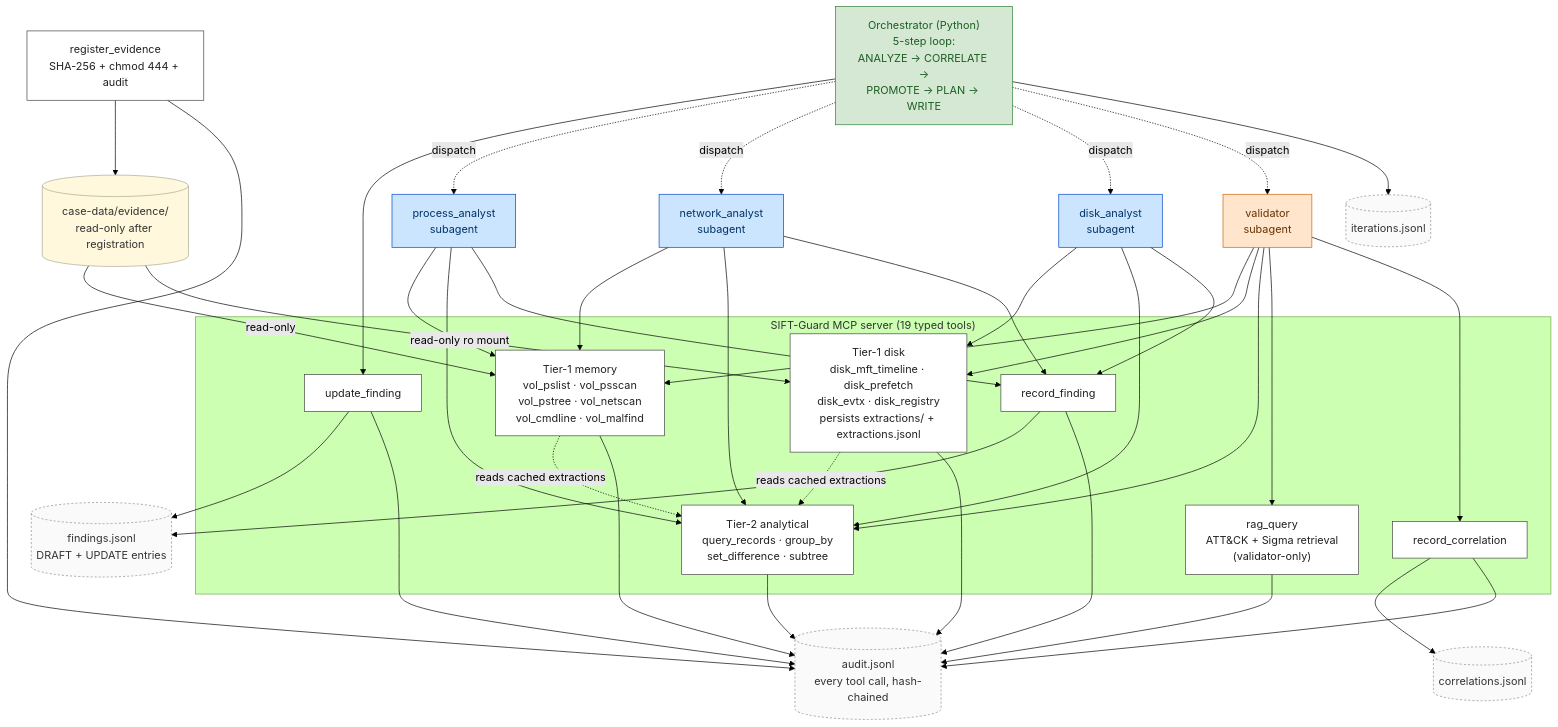
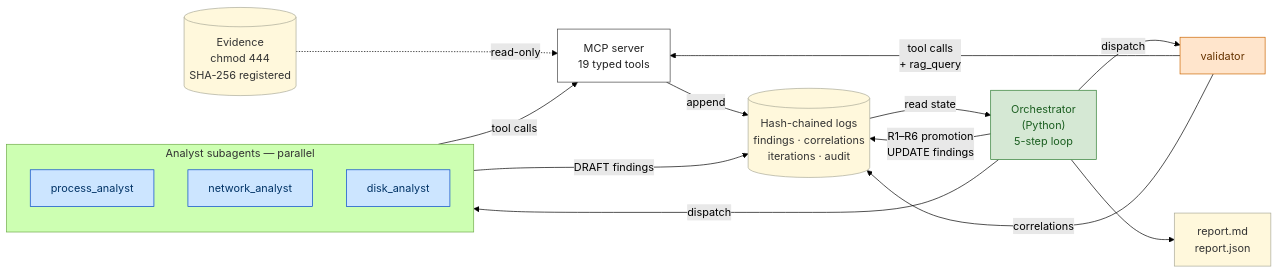
The first of 2 diagrams in docs/architecture-diagram.md (chang6chang/SIFT-Guard), drawn with Mermaid (forest theme) before and after one commit. The commit also changed other lines of this file and 1 other file, not shown here.

````diff
--- a/docs/architecture-diagram.md
+++ b/docs/architecture-diagram.md
@@ -12,95 +12,45 @@
 ```mermaid
-flowchart TD
-    %% --- Inputs ---
-    Reg["register_evidence<br/>SHA-256 + chmod 444 + audit"]
-    EvDir[("case-data/evidence/<br/>read-only after registration")]
-    Reg --> EvDir
+flowchart LR
+    E[("Evidence<br/>chmod 444<br/>SHA-256 registered")]
 
-    %% --- MCP server tools ---
-    subgraph MCP["SIFT-Guard MCP server (19 typed tools)"]
-        Tier1Mem["Tier-1 memory<br/>vol_pslist · vol_psscan<br/>vol_pstree · vol_netscan<br/>vol_cmdline · vol_malfind"]
-        Tier1Disk["Tier-1 disk<br/>disk_mft_timeline · disk_prefetch<br/>disk_evtx · disk_registry<br/>persists extractions/ + extractions.jsonl"]
-        Tier2["Tier-2 analytical<br/>query_records · group_by<br/>set_difference · subtree"]
-        RAG["rag_query<br/>ATT&CK + Sigma retrieval<br/>(validator-only)"]
-        RecF["record_finding"]
-        RecC["record_correlation"]
-        UpdF["update_finding"]
+    O["Orchestrator<br/>(Python)<br/>5-step loop"]
+
+    subgraph A[" Analyst subagents — parallel "]
+        direction TB
+        PA[process_analyst]
+        NA[network_analyst]
+        DA[disk_analyst]
     end
 
-    EvDir -->|read-only| Tier1Mem
-    EvDir -->|read-only ro mount| Tier1Disk
-    Tier1Mem -.->|reads cached extractions| Tier2
-    Tier1Disk -.->|reads cached extractions| Tier2
+    V[validator]
 
-    %% --- Subagents + orchestrator ---
-    PA["process_analyst<br/>subagent"]
-    NA["network_analyst<br/>subagent"]
-    DA["disk_analyst<br/>subagent"]
-    Val["validator<br/>subagent"]
-    Orch["Orchestrator (Python)<br/>5-step loop:<br/>ANALYZE → CORRELATE →<br/>PROMOTE → PLAN → WRITE"]
+    M["MCP server<br/>19 typed tools"]
 
-    %% Read paths: per-subagent tier-1 access is restricted by
-    %% frontmatter (memory analysts cannot call disk tools and
-    %% vice versa); tier-2 is open to every subagent.
-    PA --> Tier1Mem
-    PA --> Tier2
-    NA --> Tier1Mem
-    NA --> Tier2
-    DA --> Tier1Disk
-    DA --> Tier2
-    Val --> Tier1Mem
-    Val --> Tier1Disk
-    Val --> Tier2
+    C[("Hash-chained logs<br/>findings · correlations<br/>iterations · audit")]
 
-    %% RAG retrieval: validator-only by frontmatter restriction.
-    Val --> RAG
+    R["report.md<br/>report.json"]
 
-    %% Write paths: role-restricted by frontmatter + schema.
-    PA --> RecF
-    NA --> RecF
-    DA --> RecF
-    Val --> RecC
-    Orch --> UpdF
+    E -.->|read-only| M
+    O -->|dispatch| A
+    A -->|tool calls| M
+    M -->|append| C
+    A -->|DRAFT findings| C
+    O -->|dispatch| V
+    V -->|tool calls<br/>+ rag_query| M
+    V -->|correlations| C
+    C -->|read state| O
+    O -->|R1–R6 promotion<br/>UPDATE findings| C
+    O --> R
 
-    %% Control: orchestrator dispatches subagents.
-    Orch -.->|dispatch| PA
-    Orch -.->|dispatch| NA
-    Orch -.->|dispatch| DA
-    Orch -.->|dispatch| Val
-
-    %% --- Chains ---
-    Findings[("findings.jsonl<br/>DRAFT + UPDATE entries")]
-    Corrs[("correlations.jsonl")]
-    Iters[("iterations.jsonl")]
-    Audit[("audit.jsonl<br/>every tool call, hash-chained")]
-
-    RecF --> Findings
-    UpdF --> Findings
-    RecC --> Corrs
-    Orch --> Iters
-
-    %% Audit tap: every MCP tool call appends one line.
-    Reg --> Audit
-    Tier1Mem --> Audit
-    Tier1Disk --> Audit
-    Tier2 --> Audit
-    RAG --> Audit
-    RecF --> Audit
-    RecC --> Audit
-    UpdF --> Audit
-
-    %% --- Per-writer-role coloring ---
-    classDef analyst fill:#cce5ff,stroke:#0044cc,color:#003366
+    classDef agent fill:#cce5ff,stroke:#0044cc,color:#003366
     classDef validator fill:#ffe5cc,stroke:#cc6600,color:#663300
     classDef orchestrator fill:#d5e8d4,stroke:#2e7d32,color:#1b5e20
-    classDef chain fill:#fafafa,stroke:#888,stroke-dasharray:3 3,color:#333
-    classDef storage fill:#fff8dc,stroke:#aa9,color:#333
+    classDef store fill:#fff8dc,stroke:#aa9,color:#333
     classDef tool fill:#ffffff,stroke:#444,color:#222
 
-    class PA,NA,DA analyst
-    class Val validator
-    class Orch orchestrator
-    class Findings,Corrs,Iters,Audit chain
-    class EvDir storage
-    class Reg,Tier1Mem,Tier1Disk,Tier2,RAG,RecF,RecC,UpdF tool
+    class PA,NA,DA agent
+    class V validator
+    class O orchestrator
+    class E,C,R store
+    class M tool
 ```
````
